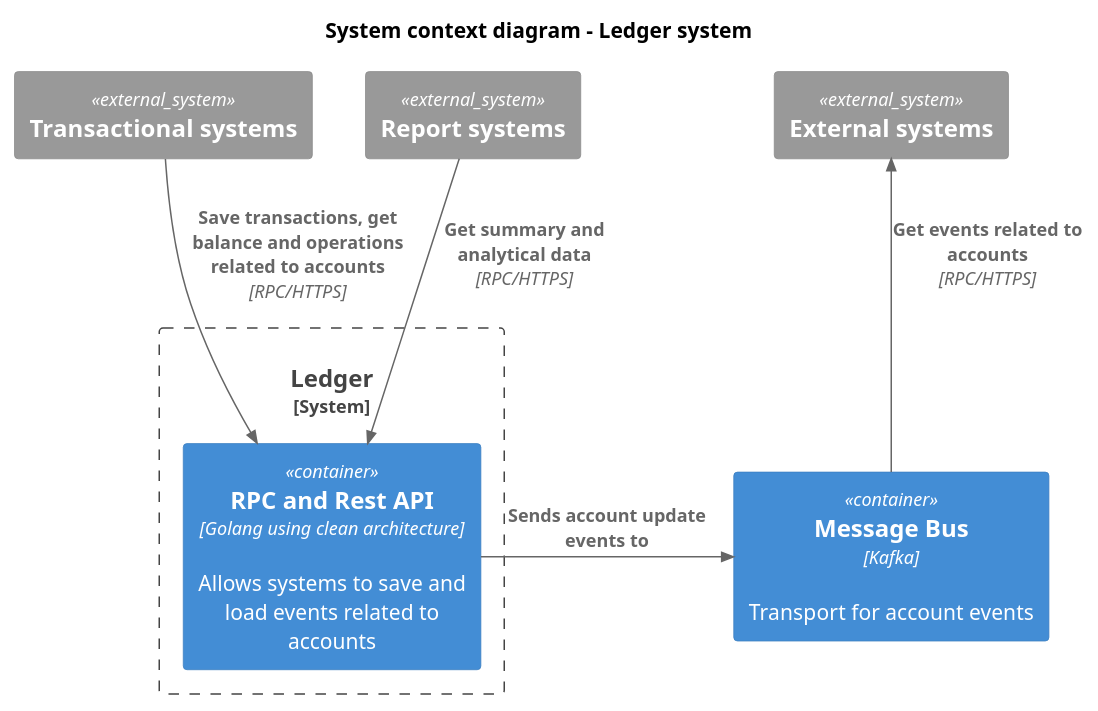
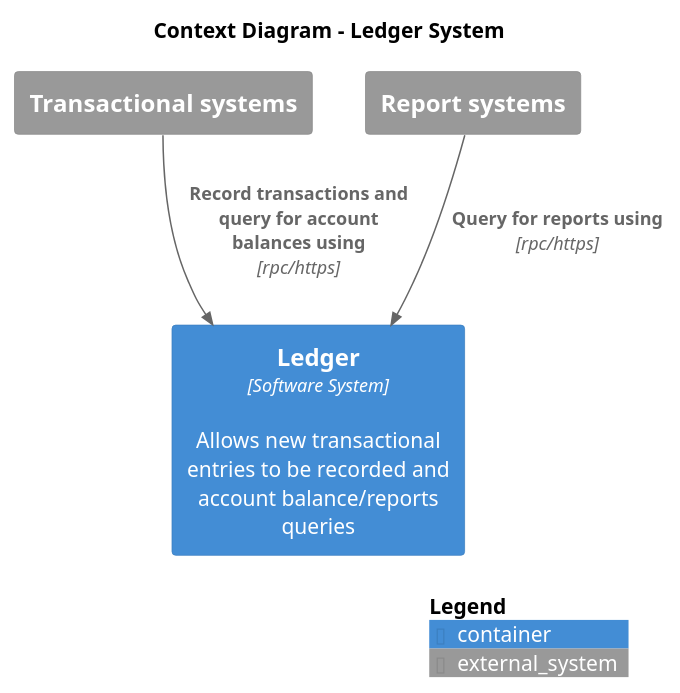
Before and after one commit to stone-co/the-amazing-ledger: the diagram in docs/c4model/level_1_system_context/level_1_system_context_diagram.puml, drawn with PlantUML. The commit also changed 29 other files, not shown here.

```diff
--- a/docs/c4model/level_1_system_context/level_1_system_context_diagram.puml
+++ b/docs/c4model/level_1_system_context/level_1_system_context_diagram.puml
@@ -1,24 +1,16 @@
-@startuml Basic Sample
-!includeurl https://raw.githubusercontent.com/RicardoNiepel/C4-PlantUML/release/1-0/C4_Container.puml
+@startuml Context Diagram - Level 01
+!include https://raw.githubusercontent.com/plantuml-stdlib/C4-PlantUML/master/C4_Container.puml
 
-' LAYOUT_WITH_LEGEND()
 
-title System context diagram - Ledger system
+title Context Diagram - Ledger System
 
 System_Ext(transactional_systems, "Transactional systems")
 System_Ext(report_systems, "Report systems")
-System_Ext(external_systems, "External systems")
 
-System_Boundary(ledger, "Ledger") {
-    Container(ledger_api, "RPC and Rest API", "Golang using clean architecture", "Allows systems to save and load events related to accounts")
-}
+Container(ledger_system, "Ledger", "Software System", "Allows new transactional entries to be recorded and account balance/reports queries")
 
-Container(message_bus, "Message Bus", "Kafka", "Transport for account events")
+Rel(transactional_systems, ledger_system, "Record transactions and query for account balances using", "rpc/https")
+Rel(report_systems, ledger_system, "Query for reports using", "rpc/https")
 
-Rel_Back(external_systems, message_bus, "Get events related to accounts", "RPC/HTTPS")
-
-Rel_R(ledger_api, message_bus, "Sends account update events to")
-
-Rel(transactional_systems, ledger_api, "Save transactions, get balance and operations related to accounts", "RPC/HTTPS")
-Rel(report_systems, ledger_api, "Get summary and analytical data", "RPC/HTTPS")
+SHOW_LEGEND()
 @enduml
```
